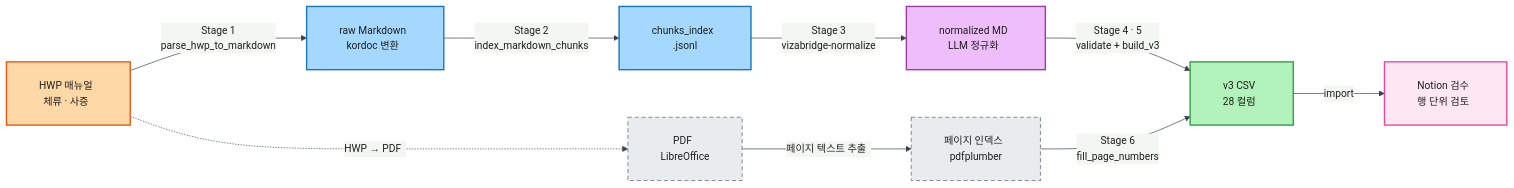
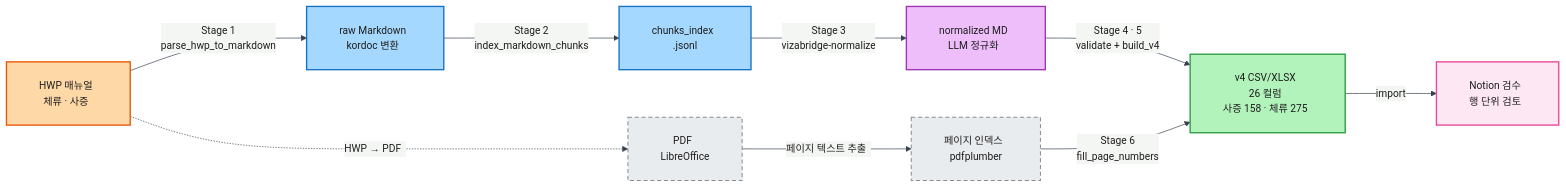
One commit to jhkim0602/-Vizabridge-IT-AI- changed the diagram in docs/diagrams/pipeline_flow.mmd. Above: the diagram before and after it, drawn with Mermaid. The commit also changed 64 other files, not shown here.

```diff
--- a/docs/diagrams/pipeline_flow.mmd
+++ b/docs/diagrams/pipeline_flow.mmd
@@ -1,28 +1,28 @@
 %%{init: {'theme': 'base', 'themeVariables': {'fontFamily': 'Helvetica, sans-serif', 'fontSize': '15px', 'primaryColor': '#f3f4f6', 'primaryTextColor': '#1e1e1e', 'primaryBorderColor': '#374151', 'lineColor': '#374151'}, 'flowchart': {'curve': 'basis', 'padding': 24, 'nodeSpacing': 70, 'rankSpacing': 90}}}%%
 flowchart LR
     classDef source fill:#ffd8a8,stroke:#e8590c,stroke-width:2px,color:#1e1e1e
     classDef det fill:#a5d8ff,stroke:#1971c2,stroke-width:2px,color:#1e1e1e
     classDef llm fill:#eebefa,stroke:#9c36b5,stroke-width:2px,color:#1e1e1e
     classDef out fill:#b2f2bb,stroke:#2f9e44,stroke-width:2px,color:#1e1e1e
     classDef derived fill:#e9ecef,stroke:#868e96,stroke-width:1.5px,color:#1e1e1e,stroke-dasharray:6 4
     classDef rev fill:#fce7f3,stroke:#ec4899,stroke-width:2px,color:#1e1e1e
 
     HWP["HWP 매뉴얼&nbsp;&nbsp;<br/>체류 · 사증&nbsp;&nbsp;"]:::source
     MD["raw Markdown&nbsp;&nbsp;<br/>kordoc 변환&nbsp;&nbsp;"]:::det
     CHK["chunks_index&nbsp;&nbsp;<br/>.jsonl"]:::det
     NORM["normalized MD&nbsp;&nbsp;<br/>LLM 정규화&nbsp;&nbsp;"]:::llm
-    CSV["v3 CSV&nbsp;&nbsp;<br/>28 컬럼&nbsp;&nbsp;"]:::out
+    CSV["v4 CSV/XLSX&nbsp;&nbsp;<br/>26 컬럼&nbsp;&nbsp;<br/>사증 158 · 체류 275&nbsp;&nbsp;"]:::out
     REV["Notion 검수&nbsp;&nbsp;<br/>행 단위 검토&nbsp;&nbsp;"]:::rev
 
     PDF["PDF&nbsp;&nbsp;<br/>LibreOffice"]:::derived
     PAGES["페이지 인덱스&nbsp;&nbsp;<br/>pdfplumber"]:::derived
 
     HWP -->|"Stage 1<br/>parse_hwp_to_markdown"| MD
     MD -->|"Stage 2<br/>index_markdown_chunks"| CHK
     CHK -->|"Stage 3<br/>vizabridge-normalize"| NORM
-    NORM -->|"Stage 4 · 5<br/>validate + build_v3"| CSV
+    NORM -->|"Stage 4 · 5<br/>validate + build_v4"| CSV
     CSV -->|"import"| REV
 
     HWP -.->|"HWP &rarr; PDF&nbsp;&nbsp;"| PDF
     PDF -->|"페이지 텍스트 추출&nbsp;&nbsp;"| PAGES
     PAGES -->|"Stage 6<br/>fill_page_numbers"| CSV
```
